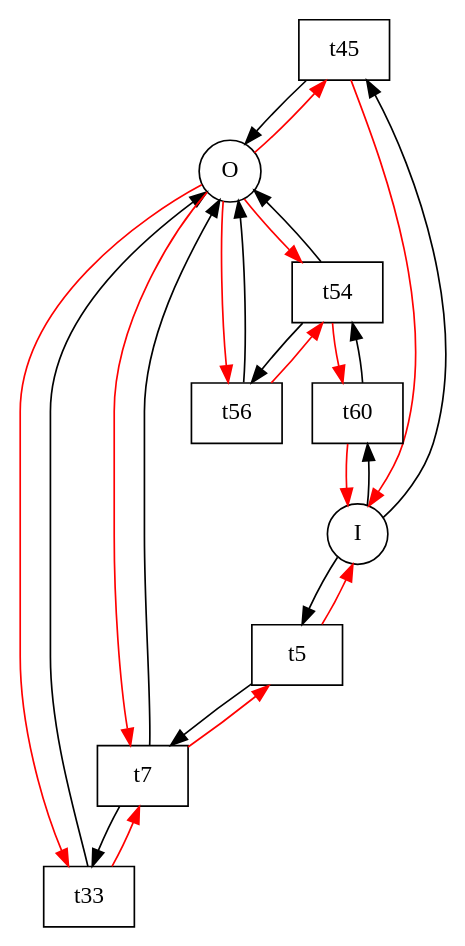
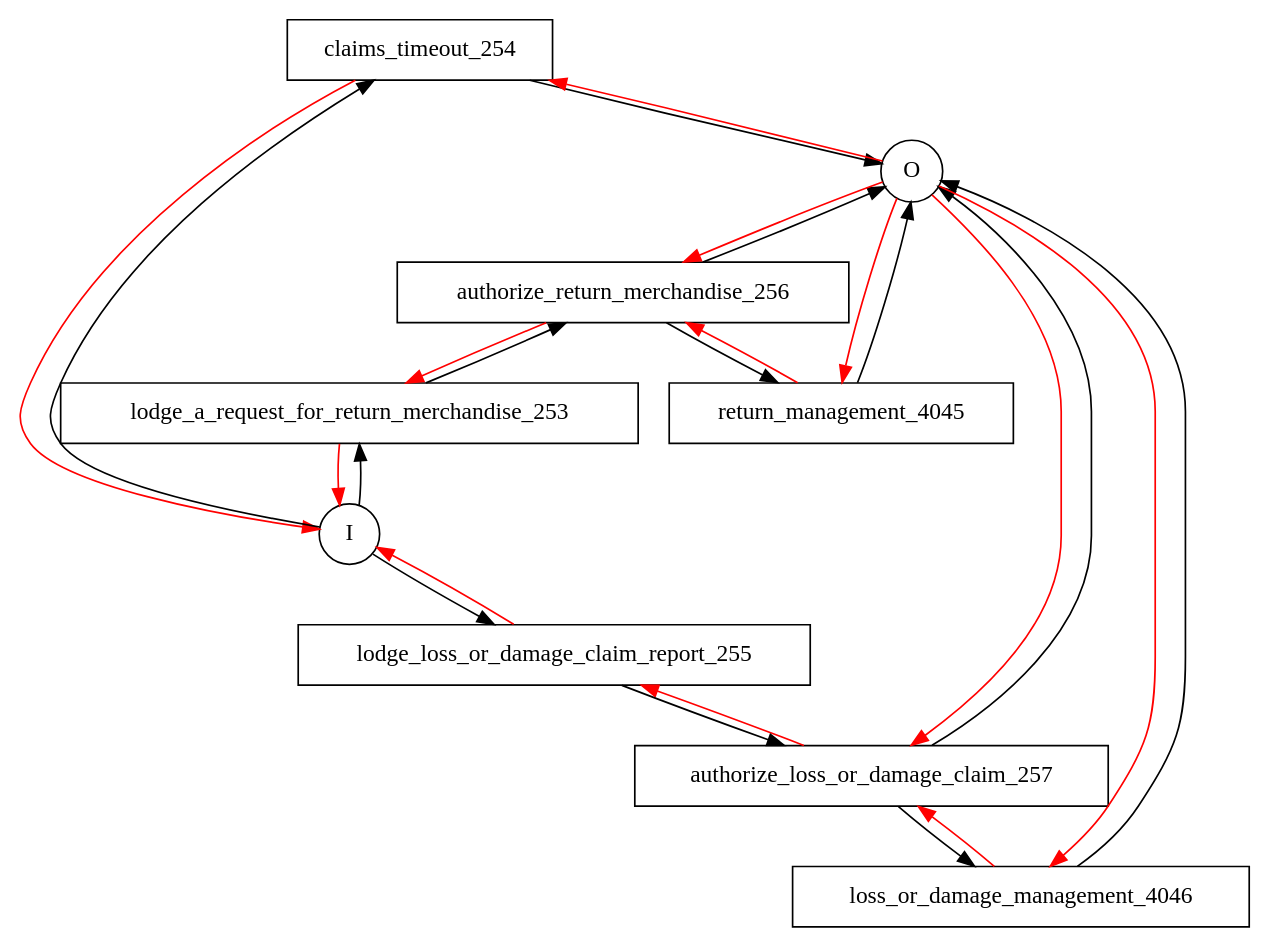
One commit to nricci/YAWL2FSP changed the diagram in output/freight_delivered.dot. Above: the diagram before and after it, drawn with Graphviz. The commit also changed 35 other files, not shown here.

```diff
--- a/output/freight_delivered.dot
+++ b/output/freight_delivered.dot
@@ -1,40 +1,40 @@
 digraph {
 	// FREIGHT_DELIVERED
 
 	// Elements
-	t45 [shape=box];
-	t33 [shape=box];
-	t5 [shape=box];
-	t7 [shape=box];
-	t56 [shape=box];
-	t54 [shape=box];
-	t60 [shape=box];
-	c28 [shape=circle][label=O];
-	c5 [shape=circle][label=I];
+	claims_timeout_254 [shape=box];
+	lodge_a_request_for_return_merchandise_253 [shape=box];
+	authorize_loss_or_damage_claim_257 [shape=box];
+	return_management_4045 [shape=box];
+	loss_or_damage_management_4046 [shape=box];
+	lodge_loss_or_damage_claim_report_255 [shape=box];
+	authorize_return_merchandise_256 [shape=box];
+	outputcondition_49 [shape=circle][label=O];
+	inputcondition_48 [shape=circle][label=I];
 
 	// Arrows
-	c5->t60;
-	c5->t5;
-	c5->t45;
-	t45->c28;
-	t45->c5[color=red];
-	c28->t45[color=red];
-	c28->t7[color=red];
-	c28->t54[color=red];
-	c28->t56[color=red];
-	c28->t33[color=red];
-	t5->t7;
-	t5->c5[color=red];
-	t7->t33;
-	t7->c28;
-	t7->t5[color=red];
-	t33->c28;
-	t33->t7[color=red];
-	t60->t54;
-	t60->c5[color=red];
-	t54->t56;
-	t54->c28;
-	t54->t60[color=red];
-	t56->c28;
-	t56->t54[color=red];
+	inputcondition_48->lodge_loss_or_damage_claim_report_255;
+	inputcondition_48->lodge_a_request_for_return_merchandise_253;
+	inputcondition_48->claims_timeout_254;
+	claims_timeout_254->outputcondition_49;
+	claims_timeout_254->inputcondition_48[color=red];
+	outputcondition_49->claims_timeout_254[color=red];
+	outputcondition_49->authorize_return_merchandise_256[color=red];
+	outputcondition_49->authorize_loss_or_damage_claim_257[color=red];
+	outputcondition_49->return_management_4045[color=red];
+	outputcondition_49->loss_or_damage_management_4046[color=red];
+	lodge_a_request_for_return_merchandise_253->authorize_return_merchandise_256;
+	lodge_a_request_for_return_merchandise_253->inputcondition_48[color=red];
+	authorize_return_merchandise_256->outputcondition_49;
+	authorize_return_merchandise_256->return_management_4045;
+	authorize_return_merchandise_256->lodge_a_request_for_return_merchandise_253[color=red];
+	return_management_4045->outputcondition_49;
+	return_management_4045->authorize_return_merchandise_256[color=red];
+	lodge_loss_or_damage_claim_report_255->authorize_loss_or_damage_claim_257;
+	lodge_loss_or_damage_claim_report_255->inputcondition_48[color=red];
+	authorize_loss_or_damage_claim_257->outputcondition_49;
+	authorize_loss_or_damage_claim_257->loss_or_damage_management_4046;
+	authorize_loss_or_damage_claim_257->lodge_loss_or_damage_claim_report_255[color=red];
+	loss_or_damage_management_4046->outputcondition_49;
+	loss_or_damage_management_4046->authorize_loss_or_damage_claim_257[color=red];
 }
```
